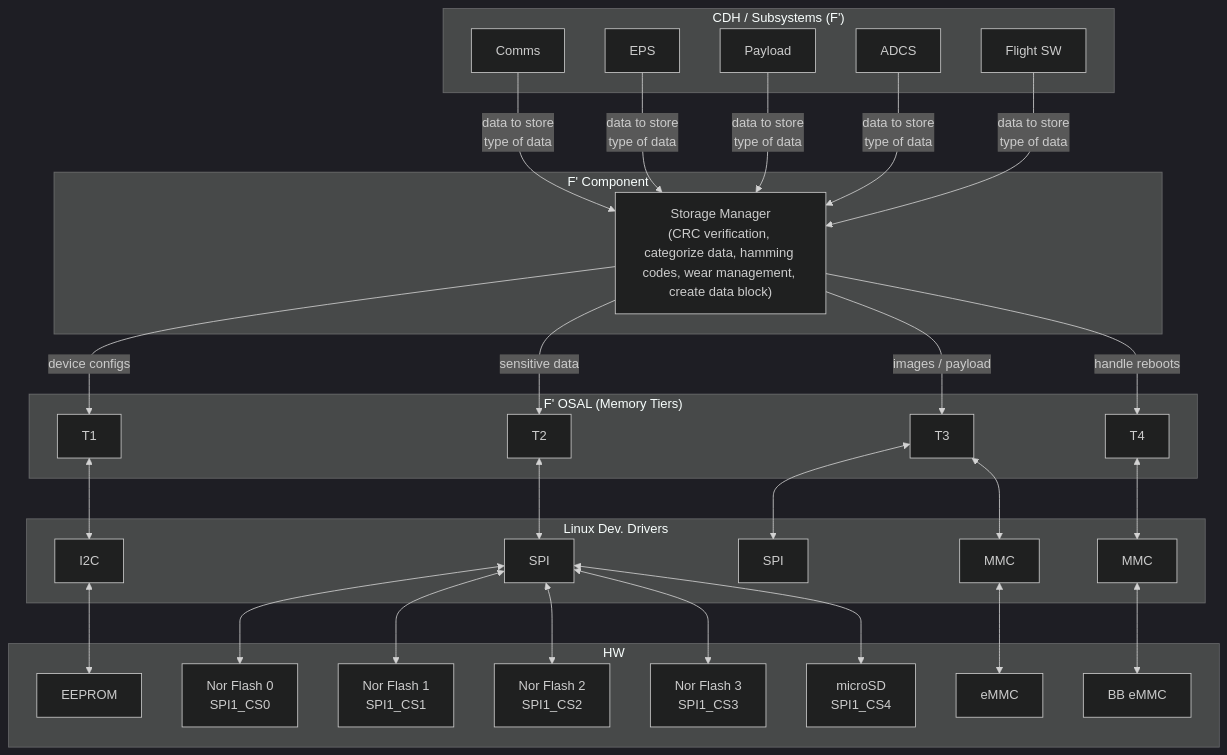
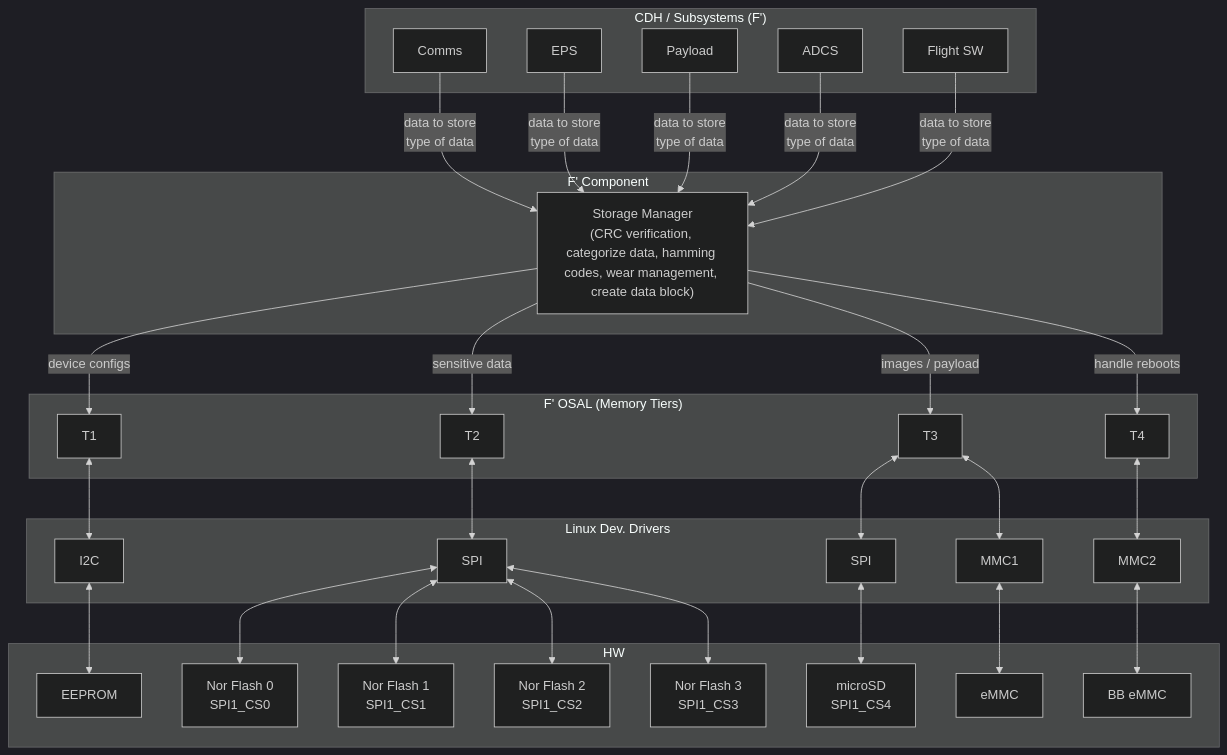
One commit to UWCubeSat/hs2-software-design changed the third of 3 diagrams in docs/Core/FlightComputerMemory.md. Above: the diagram before and after it, drawn with Mermaid (dark theme).

````diff
--- a/docs/Core/FlightComputerMemory.md
+++ b/docs/Core/FlightComputerMemory.md
@@ -59,70 +59,70 @@
 ```mermaid
 graph TD
     subgraph CDH_Subsystems ["CDH / Subsystems (F')"]
         Comms[Comms]
         EPS[EPS]
         Payload[Payload]
         ADCS[ADCS]
         FlightSW[Flight SW]
     end
 
     subgraph F_Component ["F' Component"]
         StorageManager["Storage Manager<br/>(CRC verification, categorize data, hamming codes, wear management, create data block)"]
     end
 
     subgraph F_OSAL ["F' OSAL (Memory Tiers)"]
         T1_Interface[T1]
         T2_Interface[T2]
         T3_Interface[T3]
         T4_Interface[T4]
     end
 
     subgraph Linux_Drivers ["Linux Dev. Drivers"]
         I2C[I2C]
         SPI1[SPI]
         SPI2[SPI]
-        MMC1[MMC]
-        MMC2[MMC]
+        MMC1[MMC1]
+        MMC2[MMC2]
     end
 
     subgraph HW ["HW"]
         EEPROM_HW[EEPROM]
         NOR0_HW[Nor Flash 0<br/>SPI1_CS0]
         NOR1_HW[Nor Flash 1<br/>SPI1_CS1]
         NOR2_HW[Nor Flash 2<br/>SPI1_CS2]
         NOR3_HW[Nor Flash 3<br/>SPI1_CS3]
         microSD_HW[microSD<br/>SPI1_CS4]
         eMMC_HW[eMMC]
         BB_eMMC_HW[BB eMMC]
     end
 
     %% Data Flow - CDH Subsystems to Storage Manager
     Comms -->|data to store<br/>type of data| StorageManager
     EPS -->|data to store<br/>type of data| StorageManager
     Payload -->|data to store<br/>type of data| StorageManager
     ADCS -->|data to store<br/>type of data| StorageManager
     FlightSW -->|data to store<br/>type of data| StorageManager
     
     %% Storage Manager to Tiers
     StorageManager -- "device configs" --> T1_Interface
     StorageManager -- "sensitive data" --> T2_Interface
     StorageManager -- "images / payload" --> T3_Interface
     StorageManager -- "handle reboots" --> T4_Interface
 
     %% Interfaces to Drivers
     T1_Interface <--> I2C
     T2_Interface <--> SPI1
     T3_Interface <--> SPI2
     T3_Interface <--> MMC1
     T4_Interface <--> MMC2
 
     %% Drivers to HW
     I2C <--> EEPROM_HW
     SPI1 <--> NOR0_HW
     SPI1 <--> NOR1_HW
     SPI1 <--> NOR2_HW
     SPI1 <--> NOR3_HW
-    SPI1 <--> microSD_HW
+    SPI2 <--> microSD_HW
     MMC1 <--> eMMC_HW
     MMC2 <--> BB_eMMC_HW
 ```
````
